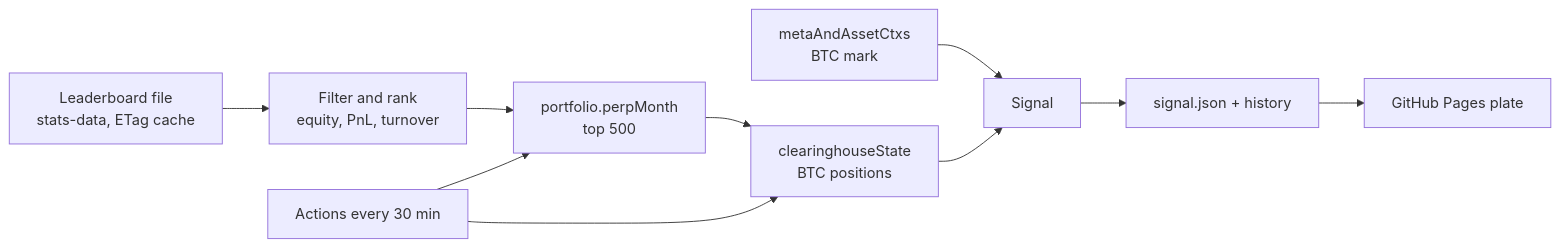
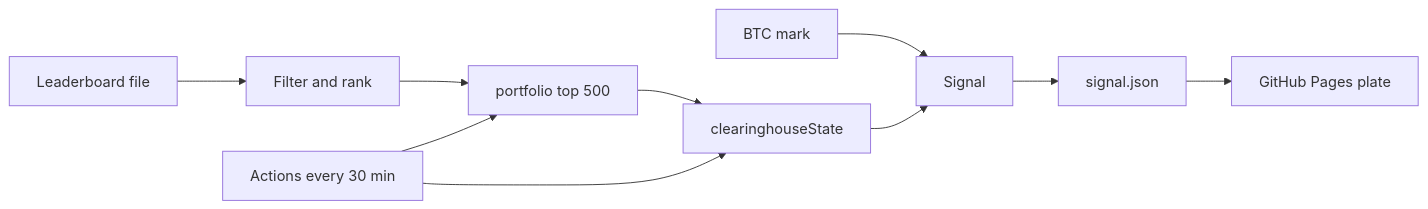
Before and after one commit to PrafullJ0shi/hyperliquid-btc-signal: the diagram in README.md, drawn with Mermaid. The commit also changed other lines of this file and 1 other file, not shown here.

First line of the commit message:
Fix README math and mermaid render, and mobile verdict layout

````diff
--- a/README.md
+++ b/README.md
@@ -76,12 +70,12 @@
 ```mermaid
 flowchart LR
-  A[Leaderboard file<br/>stats-data, ETag cache] --> B[Filter and rank<br/>equity, PnL, turnover]
-  B --> C[portfolio.perpMonth<br/>top 500]
-  C --> D[clearinghouseState<br/>BTC positions]
-  E[metaAndAssetCtxs<br/>BTC mark] --> F[Signal]
+  A["Leaderboard file"] --> B["Filter and rank"]
+  B --> C["portfolio top 500"]
+  C --> D["clearinghouseState"]
+  E["BTC mark"] --> F["Signal"]
   D --> F
-  F --> G[signal.json + history]
-  G --> H[GitHub Pages plate]
-  I[Actions every 30 min] --> C
+  F --> G["signal.json"]
+  G --> H["GitHub Pages plate"]
+  I["Actions every 30 min"] --> C
   I --> D
 ```
````
